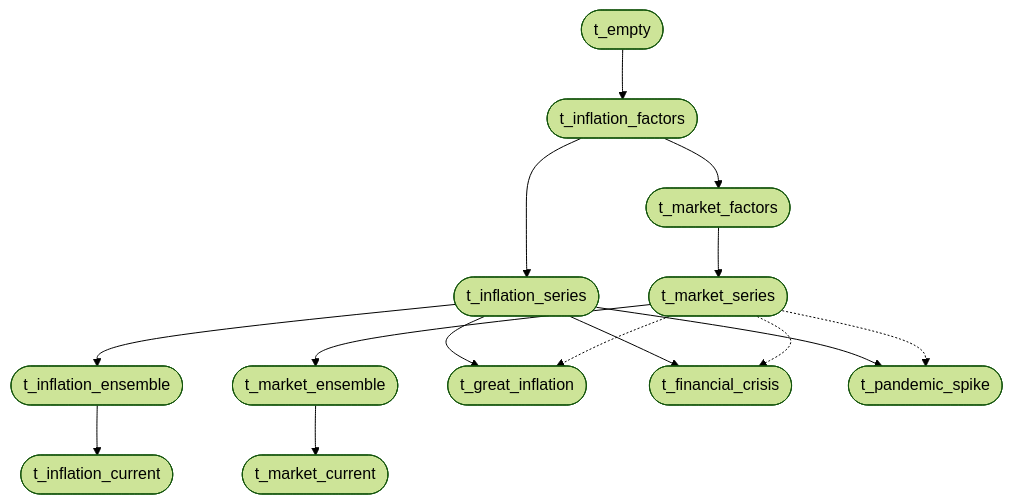
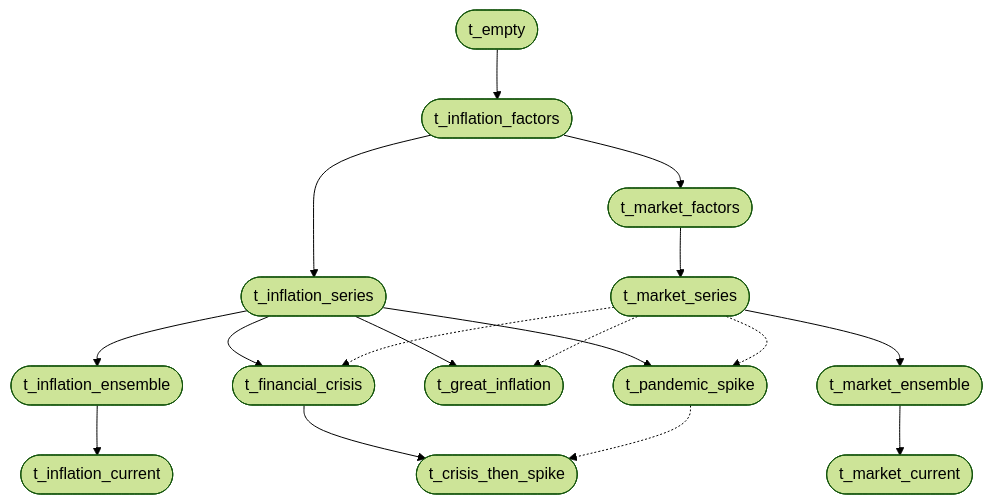
The first of 2 diagrams in docs/guides/historical-calibration.md (BobKerns/analysis), drawn with Mermaid (forest theme) before and after one commit. The commit also changed other lines of this file and 18 other files, not shown here.

First line of the commit message:
Episodes: t_crisis_then_spike, and suggested pool weights (#340)

````diff
--- a/docs/guides/historical-calibration.md
+++ b/docs/guides/historical-calibration.md
@@ -509,17 +509,19 @@
 ```mermaid
 flowchart TB
     empty(["t_empty"]) --> if_(["t_inflation_factors"])
     if_ --> is(["t_inflation_series"])
     is --> ie(["t_inflation_ensemble"])
     ie --> ic(["t_inflation_current"])
     if_ --> mf(["t_market_factors"])
     mf --> ms(["t_market_series"])
     ms --> me(["t_market_ensemble"])
     me --> mc(["t_market_current"])
     is --> gi(["t_great_inflation"])
     is --> fc(["t_financial_crisis"])
     is --> ps(["t_pandemic_spike"])
     ms -.-> gi
     ms -.-> fc
     ms -.-> ps
+    fc --> cs(["t_crisis_then_spike"])
+    ps -.-> cs
 ```
````
